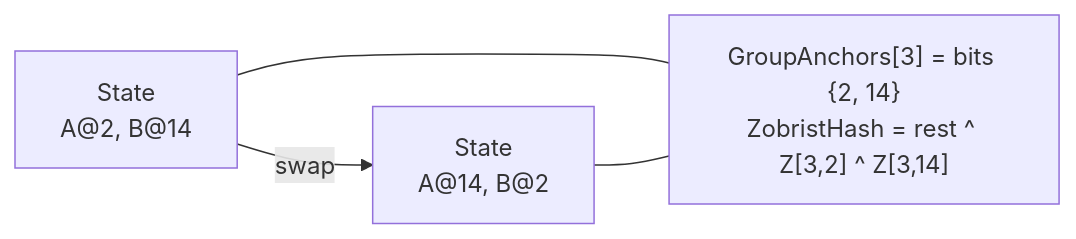
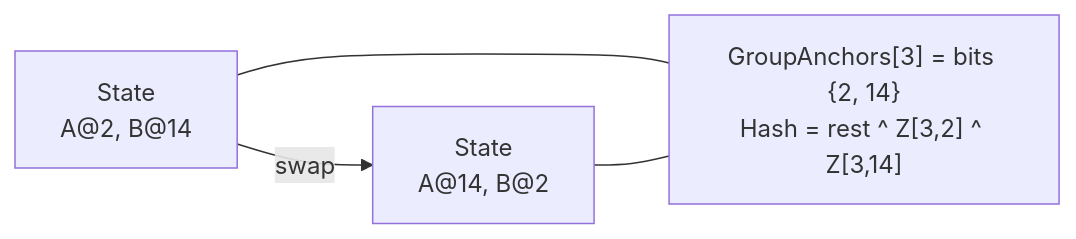
One commit to th3snark/E2e4.SlidingBlock.Logic changed the diagram in docs/04-zobrist-and-group-anchors.md. Above: the diagram before and after it, drawn with Mermaid. The commit also changed other lines of this file and 26 other files, not shown here.

````diff
--- a/docs/04-zobrist-and-group-anchors.md
+++ b/docs/04-zobrist-and-group-anchors.md
@@ -44,6 +44,6 @@
 ```mermaid
 flowchart LR
     S0["State<br/>A@2, B@14"] -- swap --> S1["State<br/>A@14, B@2"]
-    S0 --- G["GroupAnchors[3] = bits {2, 14}<br/>ZobristHash = rest ^ Z[3,2] ^ Z[3,14]"]
+    S0 --- G["GroupAnchors[3] = bits {2, 14}<br/>Hash = rest ^ Z[3,2] ^ Z[3,14]"]
     S1 --- G
 ```
````
